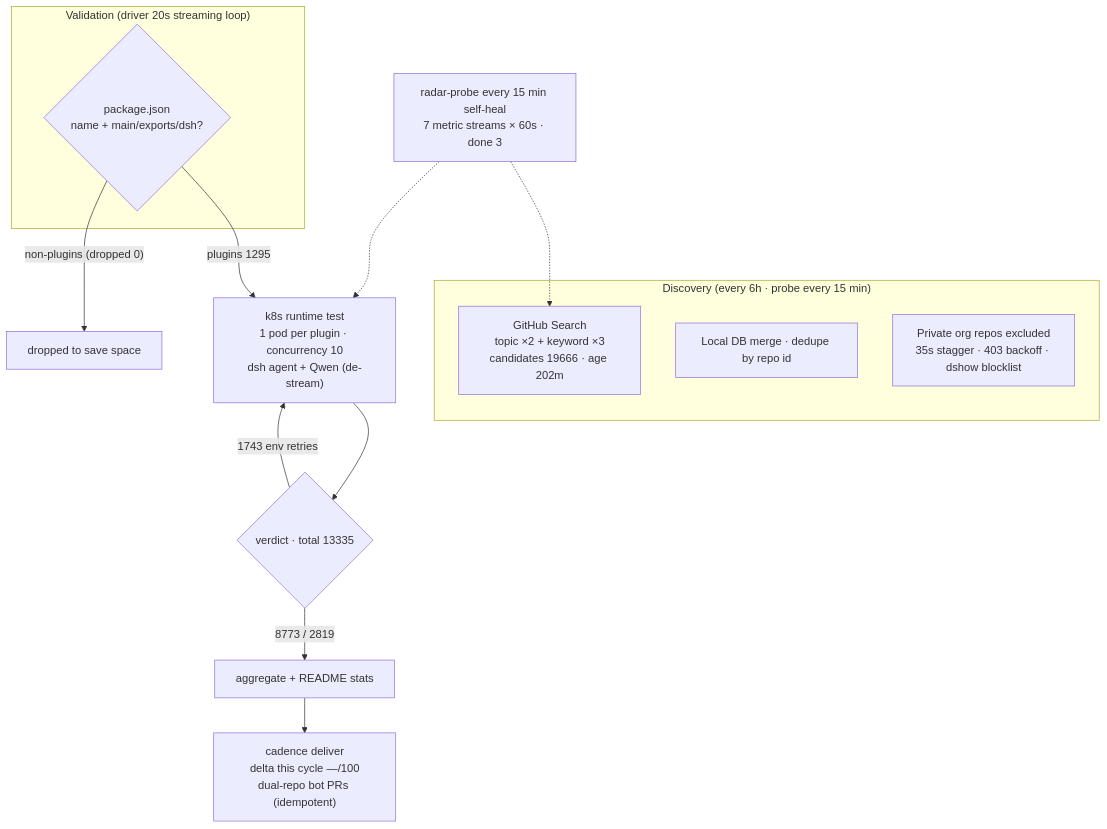
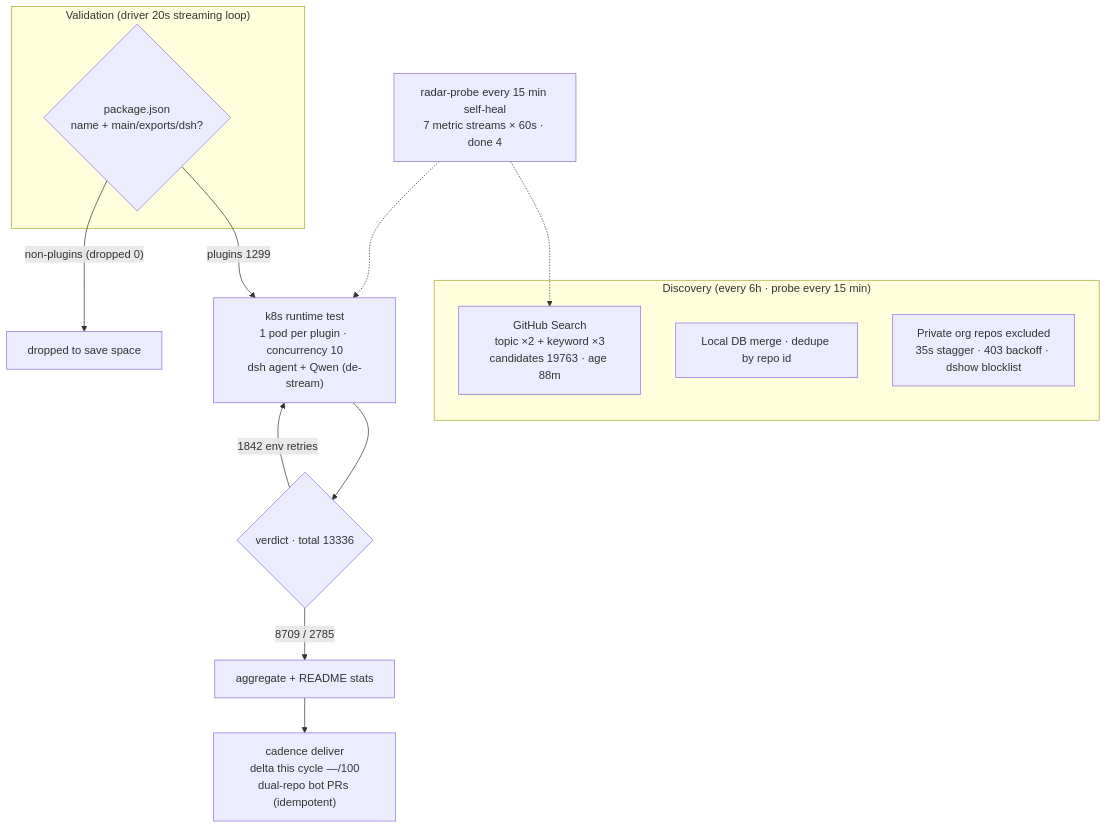
Before and after one commit to AdamPlatin123/dsh-plugin-radar: the diagram in README.en-US.md, drawn with Mermaid. The commit also changed other lines of this file and 16 other files, not shown here.

````diff
--- a/README.en-US.md
+++ b/README.en-US.md
@@ -45,20 +45,20 @@
 ```mermaid
 flowchart TB
     subgraph Discovery["Discovery (every 6h · probe every 15 min)"]
-        A1["GitHub Search<br/>topic ×2 + keyword ×3<br/>candidates 19666 · age 202m"]
+        A1["GitHub Search<br/>topic ×2 + keyword ×3<br/>candidates 19763 · age 88m"]
         A2["Local DB merge · dedupe by repo id"]
         A3["Private org repos excluded<br/>35s stagger · 403 backoff · dshow blocklist"]
     end
     subgraph Validation["Validation (driver 20s streaming loop)"]
         B1{"package.json<br/>name + main/exports/dsh?"}
     end
-    B1 -->|"plugins 1295"| C1["k8s runtime test<br/>1 pod per plugin · concurrency 10<br/>dsh agent + Qwen (de-stream)"]
+    B1 -->|"plugins 1299"| C1["k8s runtime test<br/>1 pod per plugin · concurrency 10<br/>dsh agent + Qwen (de-stream)"]
     B1 -->|"non-plugins (dropped 0)"| B3["dropped to save space"]
-    C1 --> D1{"verdict · total 13335"}
-    D1 -->|"8773 / 2819"| E1["aggregate + README stats"]
-    D1 -->|"1743 env retries"| C1
+    C1 --> D1{"verdict · total 13336"}
+    D1 -->|"8709 / 2785"| E1["aggregate + README stats"]
+    D1 -->|"1842 env retries"| C1
     E1 --> E2["cadence deliver<br/>delta this cycle —/100<br/>dual-repo bot PRs (idempotent)"]
-    M["radar-probe every 15 min self-heal<br/>7 metric streams × 60s · done 3"]
+    M["radar-probe every 15 min self-heal<br/>7 metric streams × 60s · done 4"]
     M -.-> A1
     M -.-> C1
 ```
````
